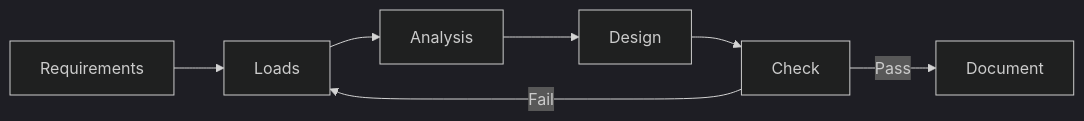
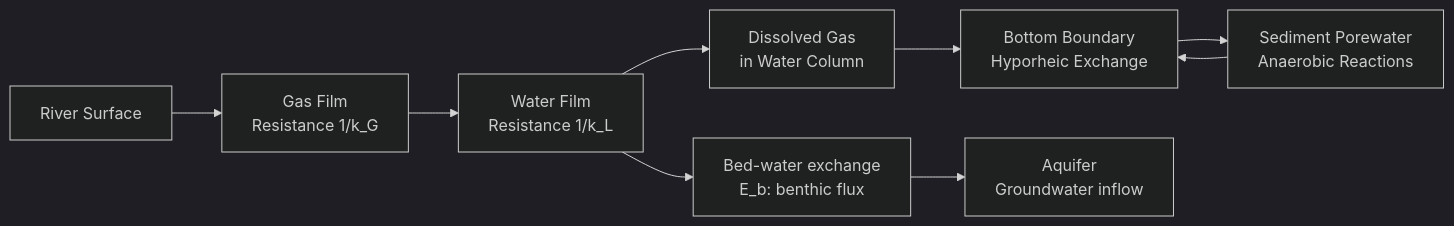
Before and after one commit to yip-lgtm/civil-bootcamp: the fourth of 10 diagrams in MIT_CEE_Core/Track_1_Environment/Fluids_Transport_Engineering/01_1.061_Transport_Processes.md, drawn with Mermaid (dark theme). The commit also changed other lines of this file and 18 other files, not shown here.

````diff
--- a/MIT_CEE_Core/Track_1_Environment/Fluids_Transport_Engineering/01_1.061_Transport_Processes.md
+++ b/MIT_CEE_Core/Track_1_Environment/Fluids_Transport_Engineering/01_1.061_Transport_Processes.md
@@ -161,9 +270,11 @@
 ```mermaid
-graph LR
-    A[Requirements] --> B[Loads]
-    B --> C[Analysis]
-    C --> D[Design]
-    D --> E[Check]
-    E -->|Fail| B
-    E -->|Pass| F[Document]
+flowchart LR
+    A[River Surface] --> B[Gas Film<br/>Resistance 1/k_G]
+    B --> C[Water Film<br/>Resistance 1/k_L]
+    C --> D[Dissolved Gas<br/>in Water Column]
+    D --> E[Bottom Boundary<br/>Hyporheic Exchange]
+    E --> F[Sediment Porewater<br/>Anaerobic Reactions]
+    F --> E
+    C --> G[Bed-water exchange<br/>E_b: benthic flux]
+    G --> H[Aquifer<br/>Groundwater inflow]
 ```
````
